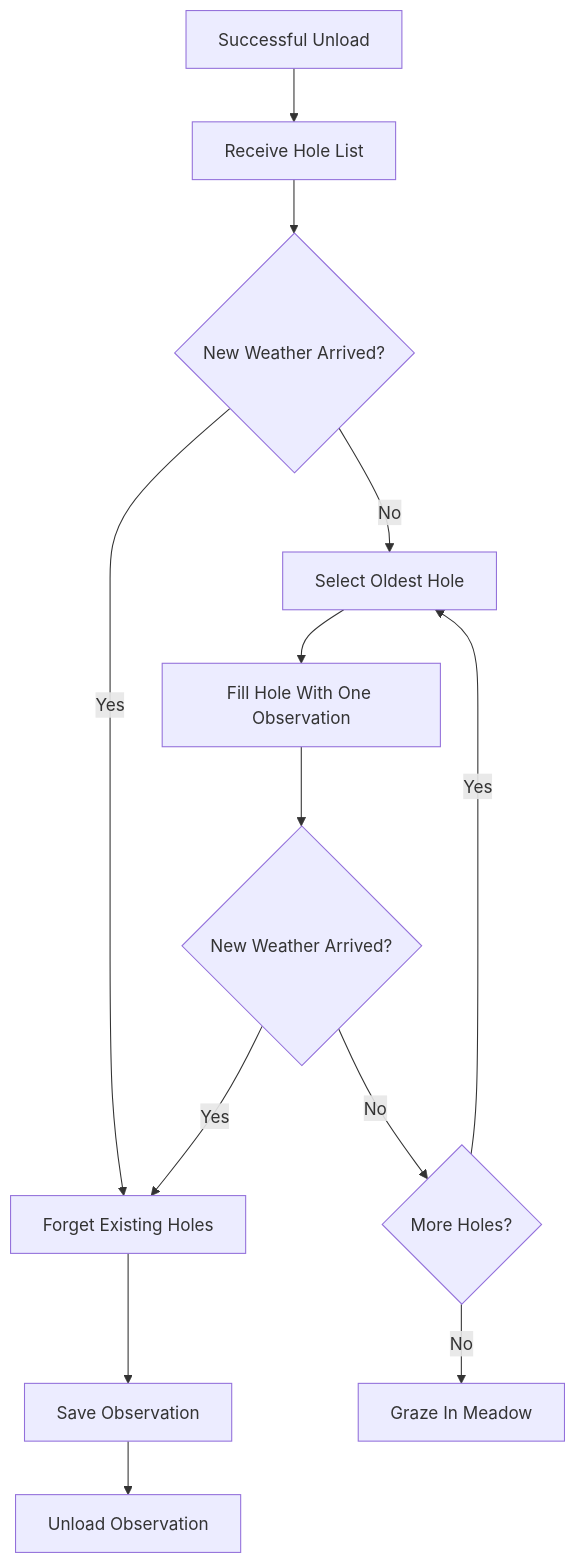
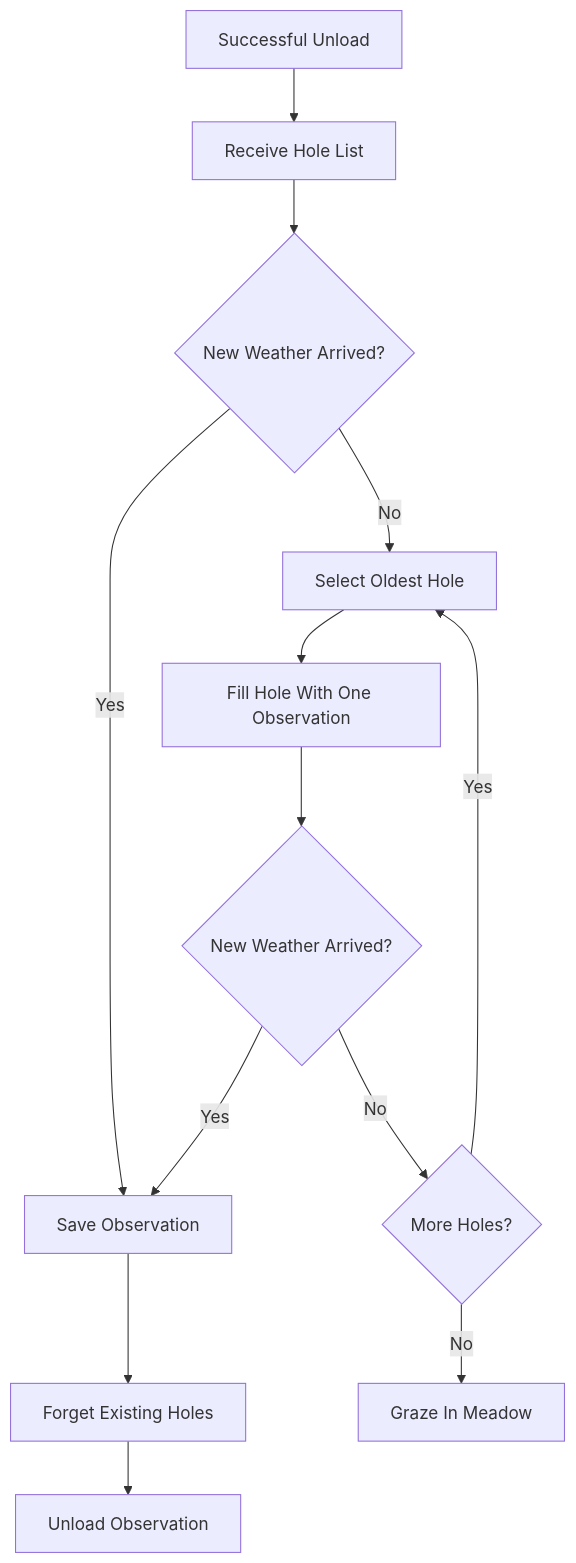
The diagram in docs/project-story/holes.md (RichardSkeen/WeatherMule), drawn with Mermaid before and after one commit. The commit also changed other lines of this file and 9 other files, not shown here.

````diff
--- a/docs/project-story/holes.md
+++ b/docs/project-story/holes.md
@@ -11,19 +11,19 @@
 ```mermaid
 flowchart TD
     A[Successful Unload] --> B[Receive Hole List]
     B --> C{New Weather Arrived?}
 
-    C -->|Yes| D[Forget Existing Holes]
-    D --> E[Save Observation]
+    C -->|Yes| D[Save Observation]
+    D --> E[Forget Existing Holes]
     E --> F[Unload Observation]
 
     C -->|No| G[Select Oldest Hole]
     G --> H[Fill Hole With One Observation]
     H --> I{New Weather Arrived?}
 
     I -->|Yes| D
     I -->|No| J{More Holes?}
 
     J -->|Yes| G
     J -->|No| K[Graze In Meadow]
 ```
````
